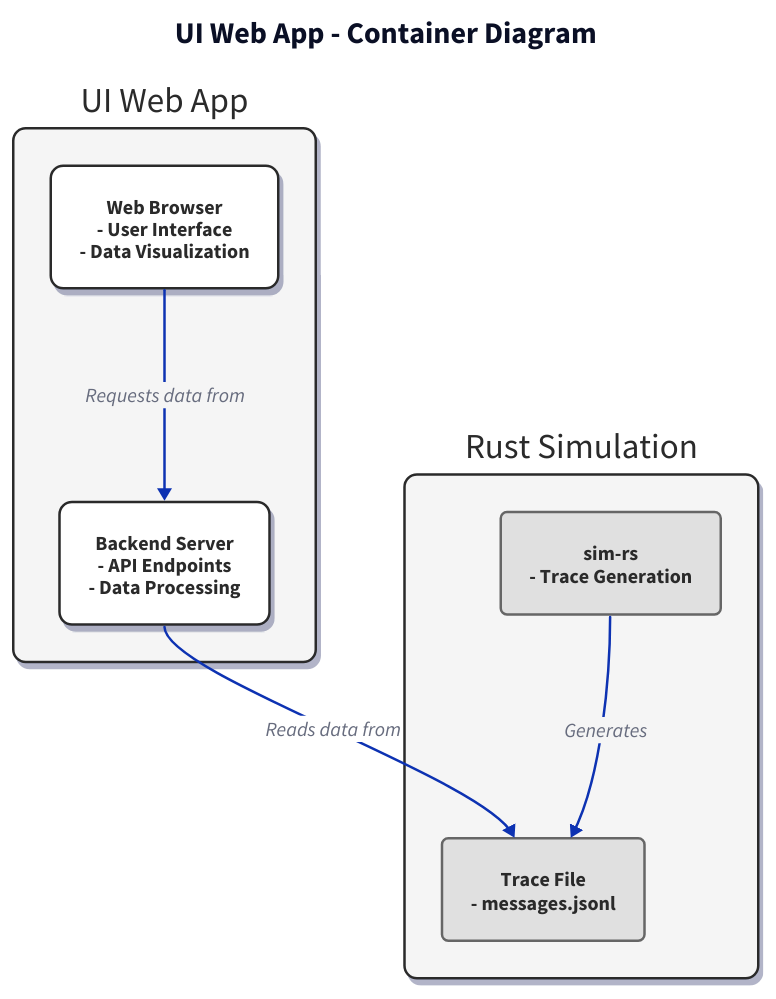
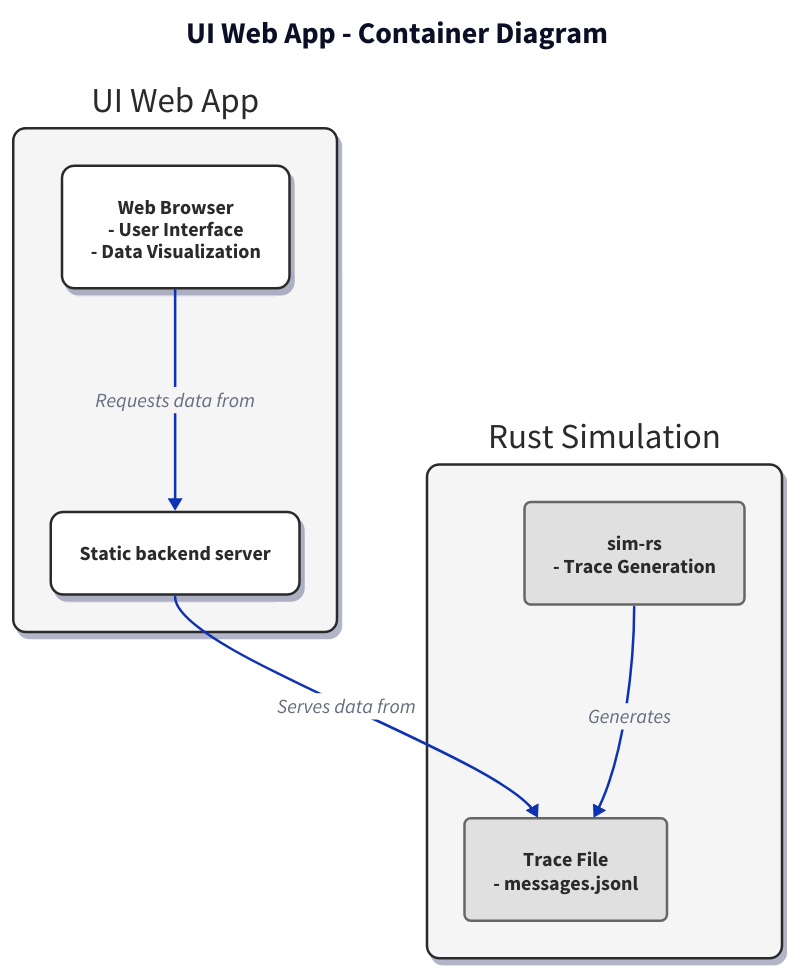
One commit to input-output-hk/ouroboros-leios changed the diagram in ui/docs/container.d2. Above: the diagram before and after it, drawn with D2. The commit also changed 3 other files, not shown here.

```diff
--- a/ui/docs/container.d2
+++ b/ui/docs/container.d2
@@ -1,74 +1,74 @@
 title: {
   label: "UI Web App - Container Diagram"
   near: top-center
   shape: text
   style.font-size: 24
   style.bold: true
 }
 
 # Styles
 classes: {
   container: {
     style: {
       stroke: "#2a2a2a"
       fill: "#f5f5f5"
       font-color: "#2a2a2a"
       border-radius: 10
       shadow: true
     }
   }
   component: {
     style: {
       stroke: "#2a2a2a"
       fill: "#ffffff"
       font-color: "#2a2a2a"
       border-radius: 10
       shadow: true
     }
   }
   external: {
     style: {
       stroke: "#666666"
       fill: "#e0e0e0"
       font-color: "#2a2a2a"
       border-radius: 5
       shadow: false
     }
   }
 }
 
 # Main Containers
 ui-web-app: {
   class: container
   label: "UI Web App"
 
   browser: {
     class: component
     label: "Web Browser\n- User Interface\n- Data Visualization"
   }
 
   server: {
     class: component
-    label: "Backend Server\n- API Endpoints\n- Data Processing"
+    label: "Static backend server"
   }
 }
 
 external-systems: {
   class: container
   label: "Rust Simulation"
 
   sim-rs: {
     class: external
     label: "sim-rs\n- Trace Generation"
   }
 
   trace-file: {
     class: external
     label: "Trace File\n- messages.jsonl"
   }
 }
 
 # Relationships
 ui-web-app.browser -> ui-web-app.server: "Requests data from"
-ui-web-app.server -> external-systems.trace-file: "Reads data from"
+ui-web-app.server -> external-systems.trace-file: "Serves data from"
 external-systems.sim-rs -> external-systems.trace-file: "Generates"
```
